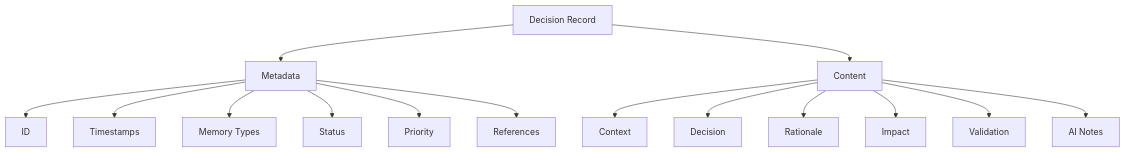
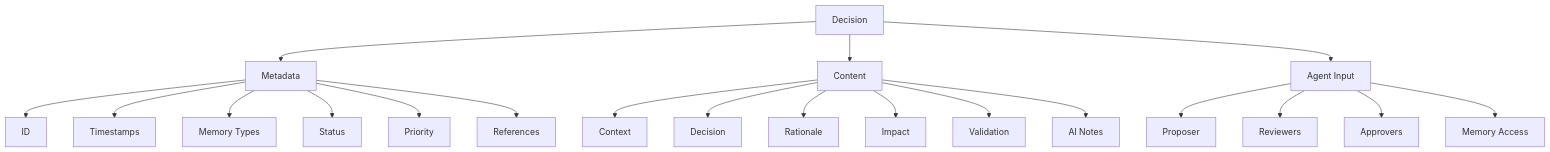
Before and after one commit to FixingPixels/Aegis: the diagram in docs/decisions.md, drawn with Mermaid. The commit also changed other lines of this file and 19 other files, not shown here.

````diff
--- a/docs/decisions.md
+++ b/docs/decisions.md
@@ -7,19 +7,25 @@
 ```mermaid
 graph TD
-    A[Decision Record] --> B[Metadata]
+    A[Decision] --> B[Metadata]
     A --> C[Content]
+    A --> D[Agent Input]
     
     B --> B1[ID]
     B --> B2[Timestamps]
     B --> B3[Memory Types]
     B --> B4[Status]
     B --> B5[Priority]
     B --> B6[References]
     
     C --> C1[Context]
     C --> C2[Decision]
     C --> C3[Rationale]
     C --> C4[Impact]
     C --> C5[Validation]
     C --> C6[AI Notes]
+    
+    D --> D1[Proposer]
+    D --> D2[Reviewers]
+    D --> D3[Approvers]
+    D --> D4[Memory Access]
 ```
````
